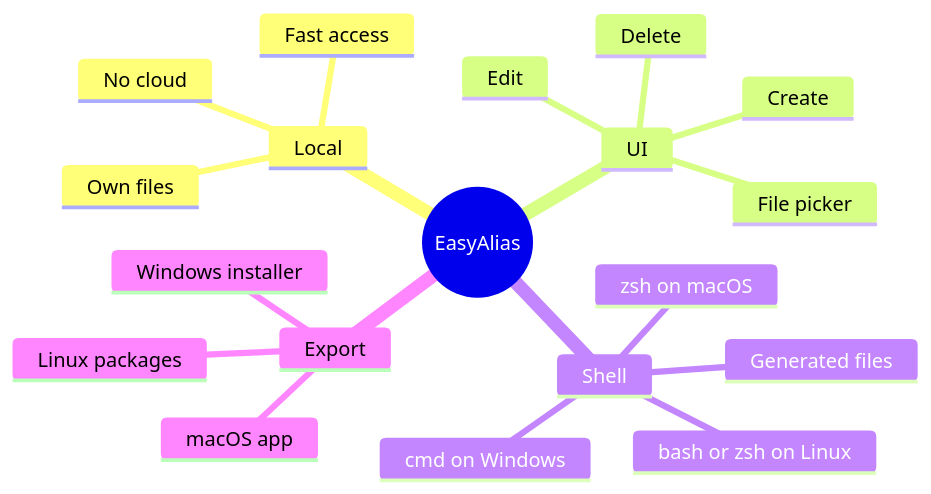
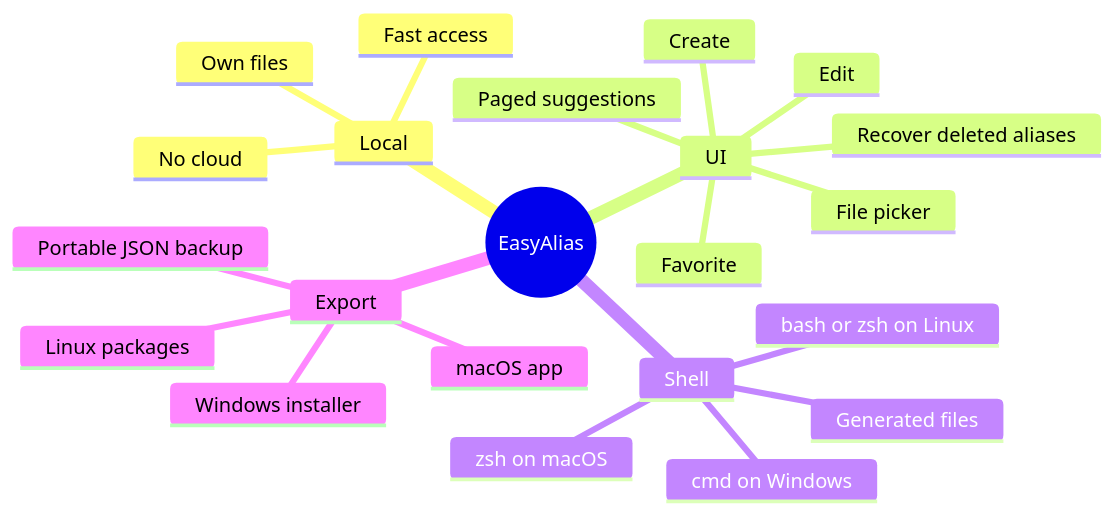
The sixth of 6 diagrams in README.md (hannesgnann-hub/easyalias), drawn with Mermaid before and after one commit. The commit also changed other lines of this file and 16 other files, not shown here.

````diff
--- a/README.md
+++ b/README.md
@@ -436,22 +493,25 @@
 ```mermaid
 mindmap
   root((EasyAlias))
     Local
       No cloud
       Own files
       Fast access
     UI
       Create
       Edit
-      Delete
+      Favorite
+      Recover deleted aliases
       File picker
+      Paged suggestions
     Shell
       zsh on macOS
       cmd on Windows
       bash or zsh on Linux
       Generated files
     Export
+      Portable JSON backup
       macOS app
       Windows installer
       Linux packages
 ```
````
